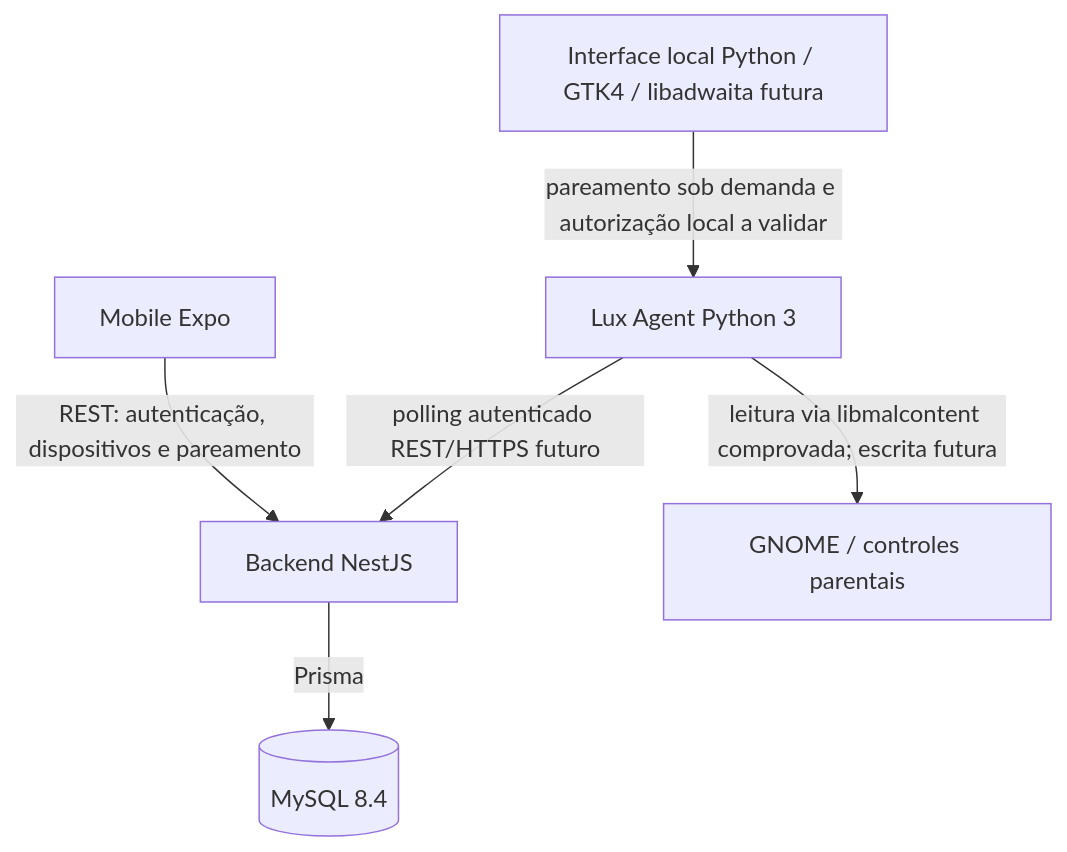
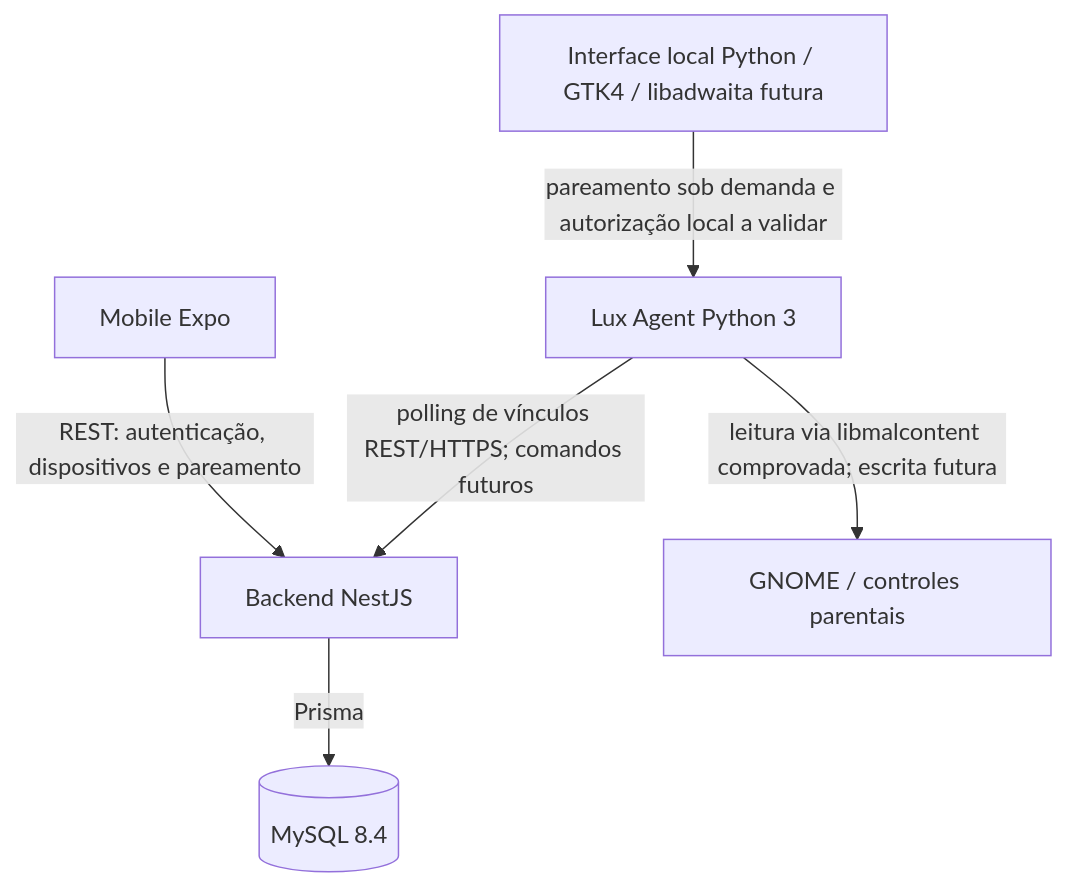
The diagram in docs/architecture.md (cfrans/Projeto-Integrador-FatecID-5Sem), drawn with Mermaid before and after one commit. The commit also changed other lines of this file and 7 other files, not shown here.

Commit message:
docs(lux-agent): document polling and command proposal

````diff
--- a/docs/architecture.md
+++ b/docs/architecture.md
@@ -5,8 +5,8 @@
 ```mermaid
 flowchart TD
     M[Mobile Expo] -->|REST: autenticação, dispositivos e pareamento| B[Backend NestJS]
-    A[Lux Agent Python 3] -->|polling autenticado REST/HTTPS futuro| B[Backend NestJS]
+    A[Lux Agent Python 3] -->|polling de vínculos REST/HTTPS; comandos futuros| B[Backend NestJS]
     A -->|leitura via libmalcontent comprovada; escrita futura| G[GNOME / controles parentais]
     B -->|Prisma| D[(MySQL 8.4)]
     U[Interface local Python / GTK4 / libadwaita futura] -->|pareamento sob demanda e autorização local a validar| A
 ```
````
